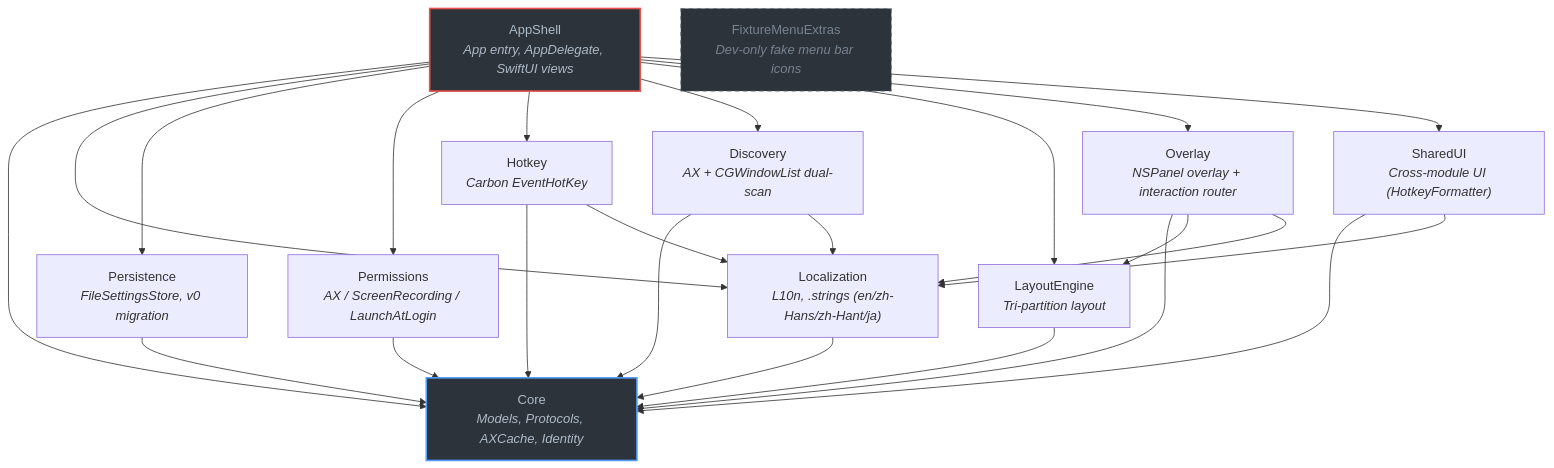
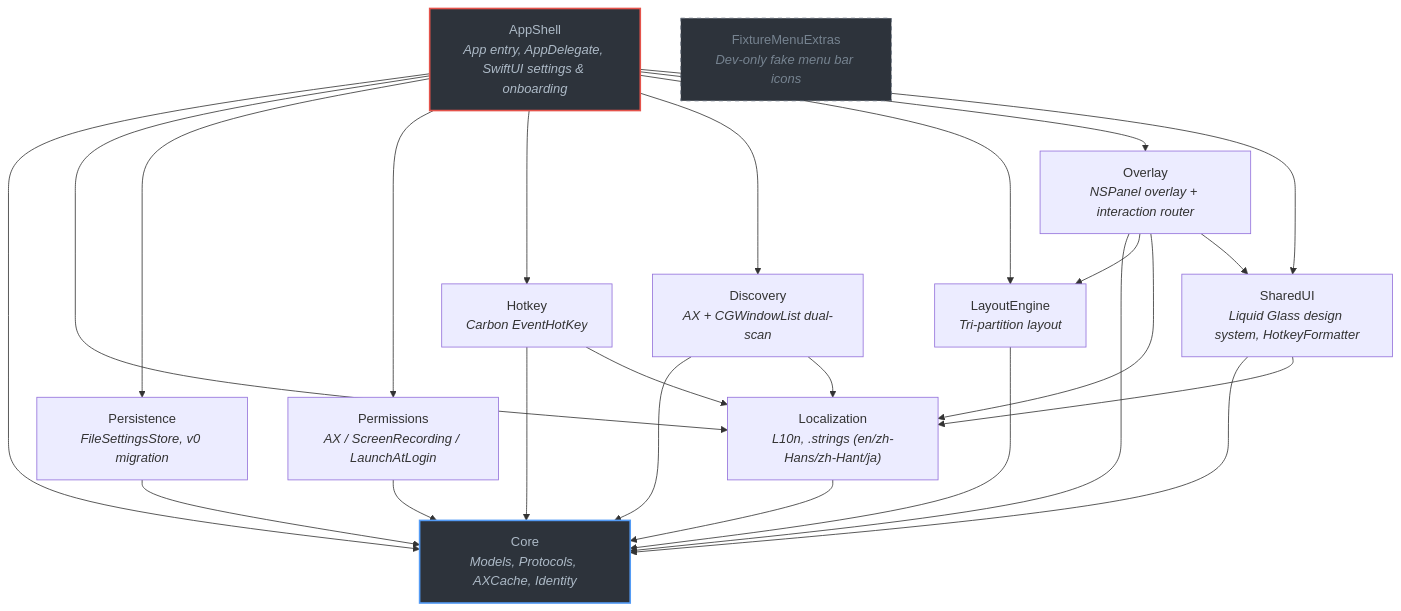
Before and after one commit to occcat/fuck-the-menu-bar: the first of 3 diagrams in docs/ARCHITECTURE.md, drawn with Mermaid. The commit also changed other lines of this file and 6 other files, not shown here.

First line of the commit message:
feat(shell): 重新扫描不再隐藏应用、状态栏图标符号过渡 + 文档同步（Phase 2：S7/S8/A3） (#4)

````diff
--- a/docs/ARCHITECTURE.md
+++ b/docs/ARCHITECTURE.md
@@ -60,44 +60,45 @@
 ```mermaid
 graph TD
     Core["Core<br/><i>Models, Protocols, AXCache, Identity</i>"]
 
     Localization["Localization<br/><i>L10n, .strings (en/zh-Hans/zh-Hant/ja)</i>"]
     Persistence["Persistence<br/><i>FileSettingsStore, v0 migration</i>"]
     Permissions["Permissions<br/><i>AX / ScreenRecording / LaunchAtLogin</i>"]
     Hotkey["Hotkey<br/><i>Carbon EventHotKey</i>"]
     Discovery["Discovery<br/><i>AX + CGWindowList dual-scan</i>"]
     LayoutEngine["LayoutEngine<br/><i>Tri-partition layout</i>"]
     Overlay["Overlay<br/><i>NSPanel overlay + interaction router</i>"]
-    SharedUI["SharedUI<br/><i>Cross-module UI (HotkeyFormatter)</i>"]
+    SharedUI["SharedUI<br/><i>Liquid Glass design system, HotkeyFormatter</i>"]
 
-    AppShell["AppShell<br/><i>App entry, AppDelegate, SwiftUI views</i>"]
+    AppShell["AppShell<br/><i>App entry, AppDelegate, SwiftUI settings & onboarding</i>"]
     FixtureMenuExtras["FixtureMenuExtras<br/><i>Dev-only fake menu bar icons</i>"]
 
     Localization --> Core
     Persistence --> Core
     Permissions --> Core
     Hotkey --> Core
     Hotkey --> Localization
     Discovery --> Core
     Discovery --> Localization
     LayoutEngine --> Core
     Overlay --> Core
     Overlay --> LayoutEngine
     Overlay --> Localization
+    Overlay --> SharedUI
     SharedUI --> Core
     SharedUI --> Localization
 
     AppShell --> Core
     AppShell --> Localization
     AppShell --> Persistence
     AppShell --> Permissions
     AppShell --> Hotkey
     AppShell --> Discovery
     AppShell --> LayoutEngine
     AppShell --> Overlay
     AppShell --> SharedUI
 
     style Core fill:#2d333b,stroke:#539bf5,stroke-width:2px,color:#adbac7
     style AppShell fill:#2d333b,stroke:#e5534b,stroke-width:2px,color:#adbac7
     style FixtureMenuExtras fill:#2d333b,stroke:#636e7b,stroke-dasharray:5 5,color:#768390
 ```
````
